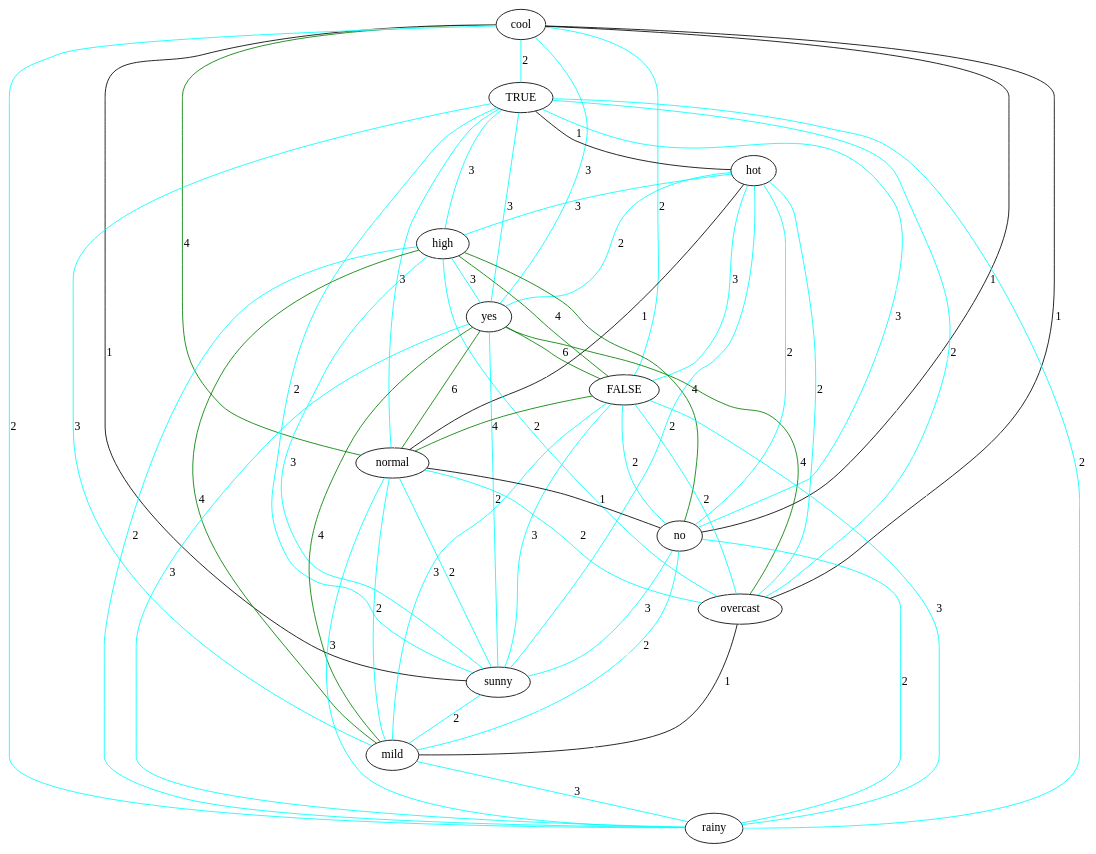
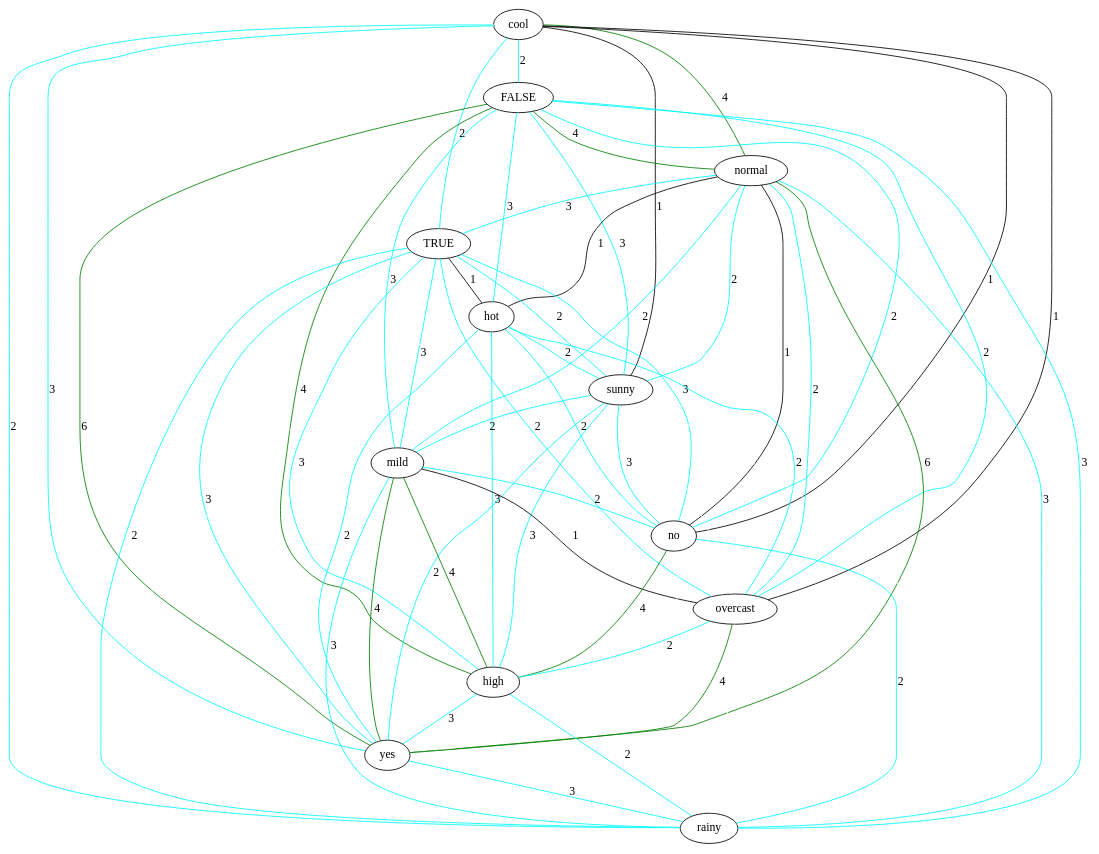
Before and after one commit to lrodrin/TFG: the diagram in src/final/exponentialGraph.dot, drawn with Graphviz. The commit also changed 10 other files, not shown here.

Commit message:
nova funció que engloba les dues funcions graphOptions i 2structureOptions. Amb dues crides a Graphviz, una pel graf i l'altre per a la 2-structura + proves

```diff
--- a/src/final/exponentialGraph.dot
+++ b/src/final/exponentialGraph.dot
@@ -1,80 +1,80 @@
 strict graph "" {
 cool;
+FALSE;
+normal;
 TRUE;
 hot;
+sunny;
+mild;
+no;
+overcast;
 high;
 yes;
-FALSE;
-normal;
-no;
-overcast;
-sunny;
-mild;
 rainy;
+cool -- mild  [color=white];
+cool -- no  [color=black, label=1];
 cool -- FALSE  [color=cyan, label=2];
 cool -- normal  [color=green, label=4];
-cool -- no  [color=black, label=1];
 cool -- overcast  [color=black, label=1];
+cool -- rainy  [color=cyan, label=2];
 cool -- TRUE  [color=cyan, label=2];
 cool -- hot  [color=white];
-cool -- mild  [color=white];
+cool -- high  [color=white];
+cool -- yes  [color=cyan, label=3];
 cool -- sunny  [color=black, label=1];
-cool -- high  [color=white];
-cool -- rainy  [color=cyan, label=2];
-cool -- yes  [color=cyan, label=3];
+FALSE -- mild  [color=cyan, label=3];
+FALSE -- no  [color=cyan, label=2];
+FALSE -- normal  [color=green, label=4];
+FALSE -- overcast  [color=cyan, label=2];
+FALSE -- rainy  [color=cyan, label=3];
+FALSE -- TRUE  [color=white];
+FALSE -- hot  [color=cyan, label=3];
+FALSE -- high  [color=green, label=4];
+FALSE -- yes  [color=green, label=6];
+FALSE -- sunny  [color=cyan, label=3];
+normal -- mild  [color=cyan, label=2];
+normal -- no  [color=black, label=1];
+normal -- overcast  [color=cyan, label=2];
+normal -- rainy  [color=cyan, label=3];
+normal -- TRUE  [color=cyan, label=3];
+normal -- hot  [color=black, label=1];
+normal -- high  [color=white];
+normal -- yes  [color=green, label=6];
+normal -- sunny  [color=cyan, label=2];
 TRUE -- mild  [color=cyan, label=3];
-TRUE -- FALSE  [color=white];
-TRUE -- normal  [color=cyan, label=3];
+TRUE -- no  [color=cyan, label=3];
+TRUE -- rainy  [color=cyan, label=2];
 TRUE -- overcast  [color=cyan, label=2];
 TRUE -- hot  [color=black, label=1];
-TRUE -- no  [color=cyan, label=3];
+TRUE -- high  [color=cyan, label=3];
+TRUE -- yes  [color=cyan, label=3];
 TRUE -- sunny  [color=cyan, label=2];
-TRUE -- high  [color=cyan, label=3];
-TRUE -- rainy  [color=cyan, label=2];
-TRUE -- yes  [color=cyan, label=3];
+hot -- mild  [color=white];
+hot -- no  [color=cyan, label=2];
 hot -- overcast  [color=cyan, label=2];
-hot -- normal  [color=black, label=1];
-hot -- mild  [color=white];
-hot -- FALSE  [color=cyan, label=3];
-hot -- no  [color=cyan, label=2];
-hot -- sunny  [color=cyan, label=2];
+hot -- yes  [color=cyan, label=2];
 hot -- high  [color=cyan, label=3];
 hot -- rainy  [color=white];
-hot -- yes  [color=cyan, label=2];
-high -- FALSE  [color=green, label=4];
-high -- normal  [color=white];
-high -- overcast  [color=cyan, label=2];
-high -- no  [color=green, label=4];
-high -- sunny  [color=cyan, label=3];
-high -- mild  [color=green, label=4];
+hot -- sunny  [color=cyan, label=2];
+sunny -- mild  [color=cyan, label=2];
+sunny -- no  [color=cyan, label=3];
+sunny -- overcast  [color=white];
+sunny -- high  [color=cyan, label=3];
+sunny -- yes  [color=cyan, label=2];
+sunny -- rainy  [color=white];
+mild -- no  [color=cyan, label=2];
+mild -- overcast  [color=black, label=1];
+mild -- rainy  [color=cyan, label=3];
+mild -- high  [color=green, label=4];
+mild -- yes  [color=green, label=4];
+no -- overcast  [color=white];
+no -- rainy  [color=cyan, label=2];
+no -- high  [color=green, label=4];
+no -- yes  [color=white];
+overcast -- rainy  [color=white];
+overcast -- high  [color=cyan, label=2];
+overcast -- yes  [color=green, label=4];
 high -- rainy  [color=cyan, label=2];
 high -- yes  [color=cyan, label=3];
-yes -- FALSE  [color=green, label=6];
-yes -- normal  [color=green, label=6];
-yes -- overcast  [color=green, label=4];
-yes -- no  [color=white];
-yes -- sunny  [color=cyan, label=2];
 yes -- rainy  [color=cyan, label=3];
-yes -- mild  [color=green, label=4];
-FALSE -- overcast  [color=cyan, label=2];
-FALSE -- normal  [color=green, label=4];
-FALSE -- mild  [color=cyan, label=3];
-FALSE -- no  [color=cyan, label=2];
-FALSE -- sunny  [color=cyan, label=3];
-FALSE -- rainy  [color=cyan, label=3];
-normal -- mild  [color=cyan, label=2];
-normal -- overcast  [color=cyan, label=2];
-normal -- no  [color=black, label=1];
-normal -- sunny  [color=cyan, label=2];
-normal -- rainy  [color=cyan, label=3];
-no -- overcast  [color=white];
-no -- mild  [color=cyan, label=2];
-no -- sunny  [color=cyan, label=3];
-no -- rainy  [color=cyan, label=2];
-overcast -- mild  [color=black, label=1];
-overcast -- sunny  [color=white];
-overcast -- rainy  [color=white];
-sunny -- mild  [color=cyan, label=2];
-sunny -- rainy  [color=white];
-mild -- rainy  [color=cyan, label=3];
 }
```
